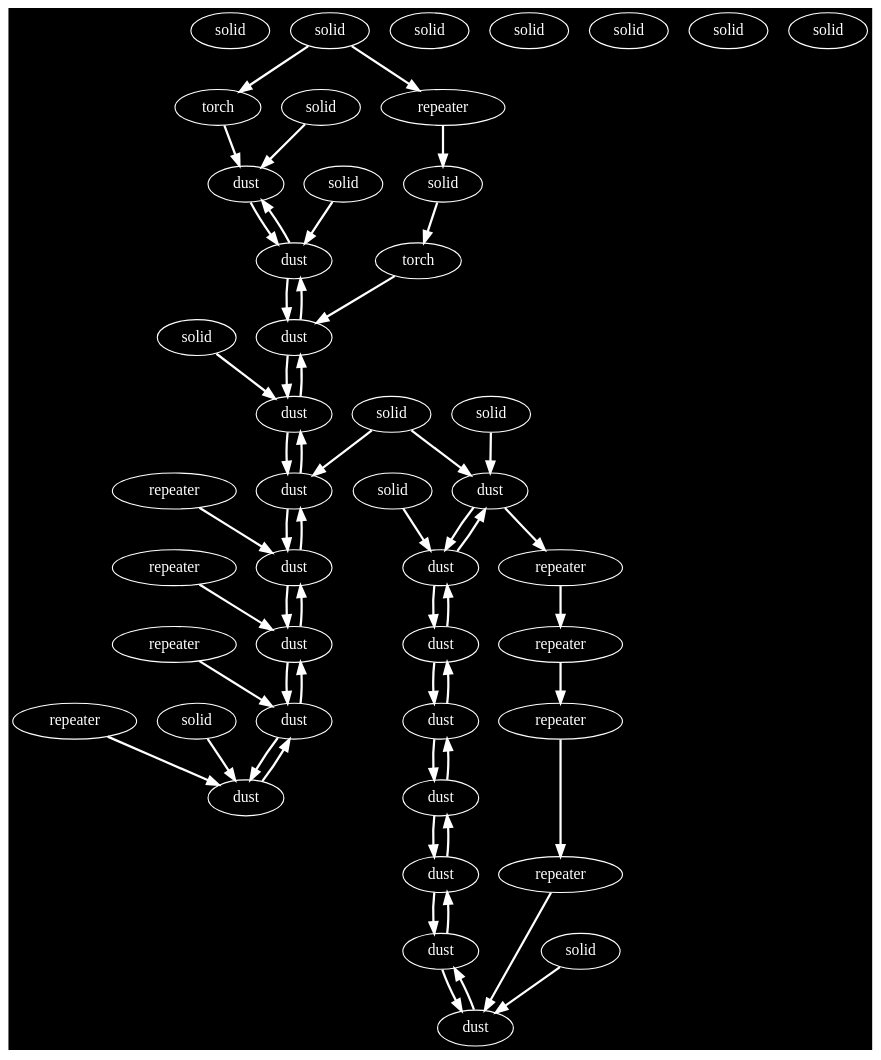
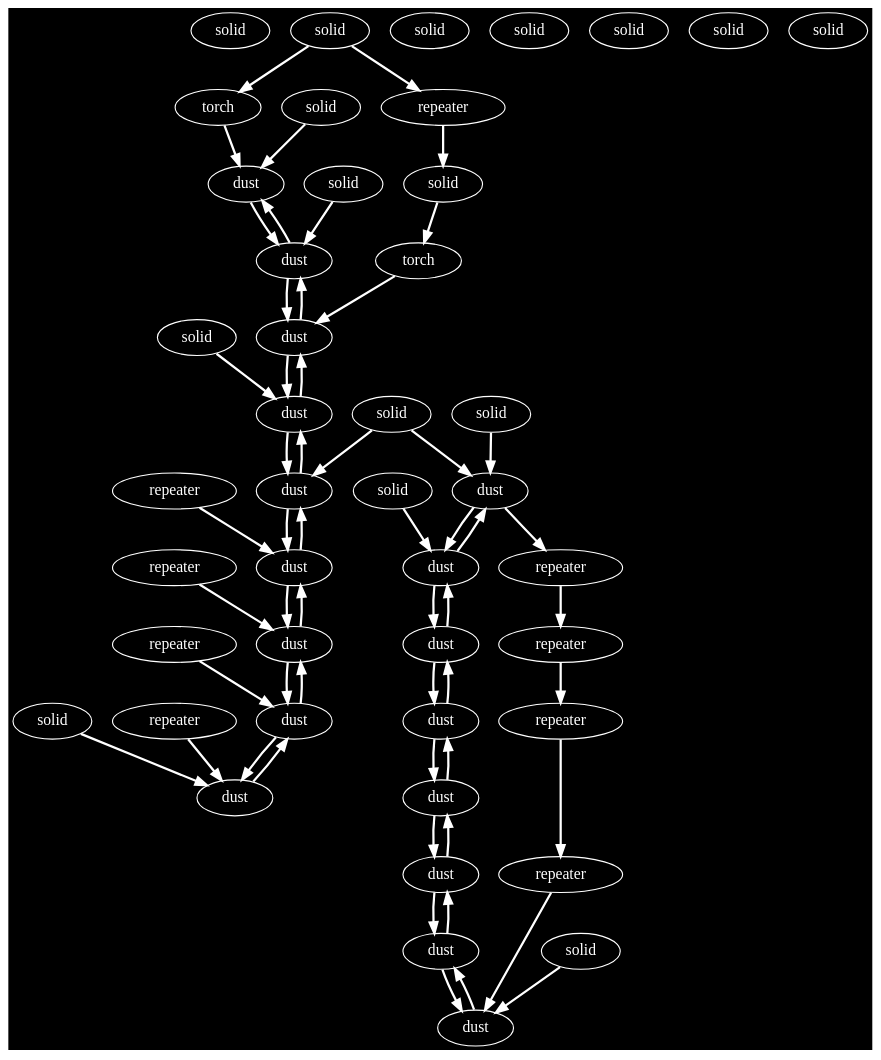
The diagram in common/src/main/java/in/lakazatong/pcbmod/redstone/examples/barrelshiftregister/barrel_shift_register.dot (lakazatong/PCBMod), drawn with Graphviz before and after one commit. The commit also changed other lines of this file and 5 other files, not shown here.

```diff
--- a/common/src/main/java/in/lakazatong/pcbmod/redstone/examples/barrelshiftregister/barrel_shift_register.dot
+++ b/common/src/main/java/in/lakazatong/pcbmod/redstone/examples/barrelshiftregister/barrel_shift_register.dot
@@ -11,14 +11,14 @@
     "143daf94-f451-3ae6-b069-5bfc234f2cec" -> "b5c2f3cf-6c87-3be1-bf80-d28025e2f21b" [color="white", arrowhead="normal", fontcolor="white", penwidth=2];
     "6e8699f1-07e9-3886-ac39-3d130127e887" [label="dust", style=filled, fillcolor="black", fontcolor="white", color="white", width=0.2, height=0.2];
     "a8429368-62d3-3944-a286-bc658fb863d8" -> "6e8699f1-07e9-3886-ac39-3d130127e887" [color="white", arrowhead="normal", fontcolor="white", penwidth=2];
+    "cc63c546-47d9-3367-8ea4-4a239841f433" -> "6e8699f1-07e9-3886-ac39-3d130127e887" [color="white", arrowhead="normal", fontcolor="white", penwidth=2];
     "bfe9b9b4-8c47-3d21-b63b-7f53c41a60e2" -> "6e8699f1-07e9-3886-ac39-3d130127e887" [color="white", arrowhead="normal", fontcolor="white", penwidth=2];
-    "cc63c546-47d9-3367-8ea4-4a239841f433" -> "6e8699f1-07e9-3886-ac39-3d130127e887" [color="white", arrowhead="normal", fontcolor="white", penwidth=2];
     "a0b8a2e1-807b-3ef1-8f82-0cbb61817378" [label="repeater", style=filled, fillcolor="black", fontcolor="white", color="white", width=0.2, height=0.2];
     "911149af-68a6-37f7-a04e-79d9e9e2934e" [label="solid", style=filled, fillcolor="black", fontcolor="white", color="white", width=0.2, height=0.2];
     "71b08495-6a86-375b-bd10-6399bc71acd4" [label="dust", style=filled, fillcolor="black", fontcolor="white", color="white", width=0.2, height=0.2];
-    "dcedc68e-aaef-3f99-91cf-3883d9b53890" -> "71b08495-6a86-375b-bd10-6399bc71acd4" [color="white", arrowhead="normal", fontcolor="white", penwidth=2];
     "202901a9-65a6-3ada-ae39-645d281311e6" -> "71b08495-6a86-375b-bd10-6399bc71acd4" [color="white", arrowhead="normal", fontcolor="white", penwidth=2];
     "bfe9b9b4-8c47-3d21-b63b-7f53c41a60e2" -> "71b08495-6a86-375b-bd10-6399bc71acd4" [color="white", arrowhead="normal", fontcolor="white", penwidth=2];
+    "dcedc68e-aaef-3f99-91cf-3883d9b53890" -> "71b08495-6a86-375b-bd10-6399bc71acd4" [color="white", arrowhead="normal", fontcolor="white", penwidth=2];
     "59652766-359b-369a-be57-7ae10ed44df7" [label="solid", style=filled, fillcolor="black", fontcolor="white", color="white", width=0.2, height=0.2];
     "f11ffa8d-1c36-35fe-8378-cb3c0250a556" [label="dust", style=filled, fillcolor="black", fontcolor="white", color="white", width=0.2, height=0.2];
     "57d8dfcb-3e15-3785-a9f8-d92c67260304" -> "f11ffa8d-1c36-35fe-8378-cb3c0250a556" [color="white", arrowhead="normal", fontcolor="white", penwidth=2];
@@ -28,46 +28,46 @@
     "f4516df4-5e20-3dc2-b494-1ea993de6395" -> "b3674d69-58f3-32f4-a34d-619b6201dc42" [color="white", arrowhead="normal", fontcolor="white", penwidth=2];
     "6ff95c65-d545-3e48-8207-e826dedabc76" [label="repeater", style=filled, fillcolor="black", fontcolor="white", color="white", width=0.2, height=0.2];
     "61219756-d840-3b11-bf42-37dbd296f7b4" [label="dust", style=filled, fillcolor="black", fontcolor="white", color="white", width=0.2, height=0.2];
+    "93c9a203-347c-32af-be83-3c4651199f25" -> "61219756-d840-3b11-bf42-37dbd296f7b4" [color="white", arrowhead="normal", fontcolor="white", penwidth=2];
     "29c179f9-a450-3f5d-8676-022c50f4696a" -> "61219756-d840-3b11-bf42-37dbd296f7b4" [color="white", arrowhead="normal", fontcolor="white", penwidth=2];
     "911149af-68a6-37f7-a04e-79d9e9e2934e" -> "61219756-d840-3b11-bf42-37dbd296f7b4" [color="white", arrowhead="normal", fontcolor="white", penwidth=2];
-    "93c9a203-347c-32af-be83-3c4651199f25" -> "61219756-d840-3b11-bf42-37dbd296f7b4" [color="white", arrowhead="normal", fontcolor="white", penwidth=2];
     "8cc3a70e-0ef4-3ef8-9715-bf8d620a08cd" [label="torch", style=filled, fillcolor="black", fontcolor="white", color="white", width=0.2, height=0.2];
     "b5c2f3cf-6c87-3be1-bf80-d28025e2f21b" -> "8cc3a70e-0ef4-3ef8-9715-bf8d620a08cd" [color="white", arrowhead="normal", fontcolor="white", penwidth=2];
     "a1360e59-17f4-34c1-a6f4-d747a4a1b217" [label="solid", style=filled, fillcolor="black", fontcolor="white", color="white", width=0.2, height=0.2];
     "93c9a203-347c-32af-be83-3c4651199f25" [label="dust", style=filled, fillcolor="black", fontcolor="white", color="white", width=0.2, height=0.2];
+    "5b571f68-0f15-3501-a320-b0a83a0254b0" -> "93c9a203-347c-32af-be83-3c4651199f25" [color="white", arrowhead="normal", fontcolor="white", penwidth=2];
     "61219756-d840-3b11-bf42-37dbd296f7b4" -> "93c9a203-347c-32af-be83-3c4651199f25" [color="white", arrowhead="normal", fontcolor="white", penwidth=2];
-    "5b571f68-0f15-3501-a320-b0a83a0254b0" -> "93c9a203-347c-32af-be83-3c4651199f25" [color="white", arrowhead="normal", fontcolor="white", penwidth=2];
     "cbbd73e2-2c5d-3fc1-b1a2-64cfc9b0657d" [label="dust", style=filled, fillcolor="black", fontcolor="white", color="white", width=0.2, height=0.2];
     "44ca0ece-ef77-3808-b467-15a54e5526c1" -> "cbbd73e2-2c5d-3fc1-b1a2-64cfc9b0657d" [color="white", arrowhead="normal", fontcolor="white", penwidth=2];
+    "97f0f680-d63b-3547-a0ce-e457be9fd927" -> "cbbd73e2-2c5d-3fc1-b1a2-64cfc9b0657d" [color="white", arrowhead="normal", fontcolor="white", penwidth=2];
     "7c407d07-70a8-349e-9dea-9706270d5a7c" -> "cbbd73e2-2c5d-3fc1-b1a2-64cfc9b0657d" [color="white", arrowhead="normal", fontcolor="white", penwidth=2];
-    "97f0f680-d63b-3547-a0ce-e457be9fd927" -> "cbbd73e2-2c5d-3fc1-b1a2-64cfc9b0657d" [color="white", arrowhead="normal", fontcolor="white", penwidth=2];
     "267b5d56-777a-3979-8a0c-28f87be30e9a" [label="dust", style=filled, fillcolor="black", fontcolor="white", color="white", width=0.2, height=0.2];
     "a8429368-62d3-3944-a286-bc658fb863d8" -> "267b5d56-777a-3979-8a0c-28f87be30e9a" [color="white", arrowhead="normal", fontcolor="white", penwidth=2];
     "6ff95c65-d545-3e48-8207-e826dedabc76" -> "267b5d56-777a-3979-8a0c-28f87be30e9a" [color="white", arrowhead="normal", fontcolor="white", penwidth=2];
     "220de361-52fd-3d21-9d87-834fd0982ec4" -> "267b5d56-777a-3979-8a0c-28f87be30e9a" [color="white", arrowhead="normal", fontcolor="white", penwidth=2];
     "220de361-52fd-3d21-9d87-834fd0982ec4" [label="dust", style=filled, fillcolor="black", fontcolor="white", color="white", width=0.2, height=0.2];
+    "a0b8a2e1-807b-3ef1-8f82-0cbb61817378" -> "220de361-52fd-3d21-9d87-834fd0982ec4" [color="white", arrowhead="normal", fontcolor="white", penwidth=2];
     "44ca0ece-ef77-3808-b467-15a54e5526c1" -> "220de361-52fd-3d21-9d87-834fd0982ec4" [color="white", arrowhead="normal", fontcolor="white", penwidth=2];
     "267b5d56-777a-3979-8a0c-28f87be30e9a" -> "220de361-52fd-3d21-9d87-834fd0982ec4" [color="white", arrowhead="normal", fontcolor="white", penwidth=2];
-    "a0b8a2e1-807b-3ef1-8f82-0cbb61817378" -> "220de361-52fd-3d21-9d87-834fd0982ec4" [color="white", arrowhead="normal", fontcolor="white", penwidth=2];
     "009a3cb1-4a7e-3cf6-963d-5ec36d3ac40f" [label="repeater", style=filled, fillcolor="black", fontcolor="white", color="white", width=0.2, height=0.2];
     "b3674d69-58f3-32f4-a34d-619b6201dc42" -> "009a3cb1-4a7e-3cf6-963d-5ec36d3ac40f" [color="white", arrowhead="normal", fontcolor="white", penwidth=2];
     "143daf94-f451-3ae6-b069-5bfc234f2cec" [label="repeater", style=filled, fillcolor="black", fontcolor="white", color="white", width=0.2, height=0.2];
     "ae5c3ec0-8f59-3a13-be35-a83d1c5bf039" -> "143daf94-f451-3ae6-b069-5bfc234f2cec" [color="white", arrowhead="normal", fontcolor="white", penwidth=2];
     "bfe9b9b4-8c47-3d21-b63b-7f53c41a60e2" [label="dust", style=filled, fillcolor="black", fontcolor="white", color="white", width=0.2, height=0.2];
+    "6e8699f1-07e9-3886-ac39-3d130127e887" -> "bfe9b9b4-8c47-3d21-b63b-7f53c41a60e2" [color="white", arrowhead="normal", fontcolor="white", penwidth=2];
     "71b08495-6a86-375b-bd10-6399bc71acd4" -> "bfe9b9b4-8c47-3d21-b63b-7f53c41a60e2" [color="white", arrowhead="normal", fontcolor="white", penwidth=2];
     "8cc3a70e-0ef4-3ef8-9715-bf8d620a08cd" -> "bfe9b9b4-8c47-3d21-b63b-7f53c41a60e2" [color="white", arrowhead="normal", fontcolor="white", penwidth=2];
-    "6e8699f1-07e9-3886-ac39-3d130127e887" -> "bfe9b9b4-8c47-3d21-b63b-7f53c41a60e2" [color="white", arrowhead="normal", fontcolor="white", penwidth=2];
     "7c407d07-70a8-349e-9dea-9706270d5a7c" [label="repeater", style=filled, fillcolor="black", fontcolor="white", color="white", width=0.2, height=0.2];
     "695c2b58-b2cd-36e8-8747-dad888f756e5" [label="dust", style=filled, fillcolor="black", fontcolor="white", color="white", width=0.2, height=0.2];
-    "ca50d698-bdd8-38ba-bb4f-338b9d828919" -> "695c2b58-b2cd-36e8-8747-dad888f756e5" [color="white", arrowhead="normal", fontcolor="white", penwidth=2];
     "f11ffa8d-1c36-35fe-8378-cb3c0250a556" -> "695c2b58-b2cd-36e8-8747-dad888f756e5" [color="white", arrowhead="normal", fontcolor="white", penwidth=2];
     "6bddd822-2136-38da-8e2d-4d47f6697966" -> "695c2b58-b2cd-36e8-8747-dad888f756e5" [color="white", arrowhead="normal", fontcolor="white", penwidth=2];
+    "ca50d698-bdd8-38ba-bb4f-338b9d828919" -> "695c2b58-b2cd-36e8-8747-dad888f756e5" [color="white", arrowhead="normal", fontcolor="white", penwidth=2];
     "1d9acc7d-fce5-3346-9ecd-6664a05c1cdd" [label="solid", style=filled, fillcolor="black", fontcolor="white", color="white", width=0.2, height=0.2];
     "97f0f680-d63b-3547-a0ce-e457be9fd927" [label="solid", style=filled, fillcolor="black", fontcolor="white", color="white", width=0.2, height=0.2];
     "44ca0ece-ef77-3808-b467-15a54e5526c1" [label="dust", style=filled, fillcolor="black", fontcolor="white", color="white", width=0.2, height=0.2];
+    "222a7fb5-fd6f-31a6-969b-346b9d6d4a7b" -> "44ca0ece-ef77-3808-b467-15a54e5526c1" [color="white", arrowhead="normal", fontcolor="white", penwidth=2];
+    "220de361-52fd-3d21-9d87-834fd0982ec4" -> "44ca0ece-ef77-3808-b467-15a54e5526c1" [color="white", arrowhead="normal", fontcolor="white", penwidth=2];
     "cbbd73e2-2c5d-3fc1-b1a2-64cfc9b0657d" -> "44ca0ece-ef77-3808-b467-15a54e5526c1" [color="white", arrowhead="normal", fontcolor="white", penwidth=2];
-    "220de361-52fd-3d21-9d87-834fd0982ec4" -> "44ca0ece-ef77-3808-b467-15a54e5526c1" [color="white", arrowhead="normal", fontcolor="white", penwidth=2];
-    "222a7fb5-fd6f-31a6-969b-346b9d6d4a7b" -> "44ca0ece-ef77-3808-b467-15a54e5526c1" [color="white", arrowhead="normal", fontcolor="white", penwidth=2];
     "202901a9-65a6-3ada-ae39-645d281311e6" [label="solid", style=filled, fillcolor="black", fontcolor="white", color="white", width=0.2, height=0.2];
     "731819ad-7f4a-3e8a-9762-ef11a44172a9" [label="dust", style=filled, fillcolor="black", fontcolor="white", color="white", width=0.2, height=0.2];
     "57d8dfcb-3e15-3785-a9f8-d92c67260304" -> "731819ad-7f4a-3e8a-9762-ef11a44172a9" [color="white", arrowhead="normal", fontcolor="white", penwidth=2];
@@ -80,22 +80,22 @@
     "f4516df4-5e20-3dc2-b494-1ea993de6395" [label="repeater", style=filled, fillcolor="black", fontcolor="white", color="white", width=0.2, height=0.2];
     "ca50d698-bdd8-38ba-bb4f-338b9d828919" -> "f4516df4-5e20-3dc2-b494-1ea993de6395" [color="white", arrowhead="normal", fontcolor="white", penwidth=2];
     "57d8dfcb-3e15-3785-a9f8-d92c67260304" [label="dust", style=filled, fillcolor="black", fontcolor="white", color="white", width=0.2, height=0.2];
+    "731819ad-7f4a-3e8a-9762-ef11a44172a9" -> "57d8dfcb-3e15-3785-a9f8-d92c67260304" [color="white", arrowhead="normal", fontcolor="white", penwidth=2];
     "f11ffa8d-1c36-35fe-8378-cb3c0250a556" -> "57d8dfcb-3e15-3785-a9f8-d92c67260304" [color="white", arrowhead="normal", fontcolor="white", penwidth=2];
-    "731819ad-7f4a-3e8a-9762-ef11a44172a9" -> "57d8dfcb-3e15-3785-a9f8-d92c67260304" [color="white", arrowhead="normal", fontcolor="white", penwidth=2];
     "ca50d698-bdd8-38ba-bb4f-338b9d828919" [label="dust", style=filled, fillcolor="black", fontcolor="white", color="white", width=0.2, height=0.2];
+    "1d9acc7d-fce5-3346-9ecd-6664a05c1cdd" -> "ca50d698-bdd8-38ba-bb4f-338b9d828919" [color="white", arrowhead="normal", fontcolor="white", penwidth=2];
+    "695c2b58-b2cd-36e8-8747-dad888f756e5" -> "ca50d698-bdd8-38ba-bb4f-338b9d828919" [color="white", arrowhead="normal", fontcolor="white", penwidth=2];
     "87ed5b72-f553-389b-956d-7719fed7e18c" -> "ca50d698-bdd8-38ba-bb4f-338b9d828919" [color="white", arrowhead="normal", fontcolor="white", penwidth=2];
-    "695c2b58-b2cd-36e8-8747-dad888f756e5" -> "ca50d698-bdd8-38ba-bb4f-338b9d828919" [color="white", arrowhead="normal", fontcolor="white", penwidth=2];
-    "1d9acc7d-fce5-3346-9ecd-6664a05c1cdd" -> "ca50d698-bdd8-38ba-bb4f-338b9d828919" [color="white", arrowhead="normal", fontcolor="white", penwidth=2];
     "6bddd822-2136-38da-8e2d-4d47f6697966" [label="solid", style=filled, fillcolor="black", fontcolor="white", color="white", width=0.2, height=0.2];
     "87ed5b72-f553-389b-956d-7719fed7e18c" [label="solid", style=filled, fillcolor="black", fontcolor="white", color="white", width=0.2, height=0.2];
     "870ed7a9-1045-3d9b-8b13-8b295d6cae57" [label="solid", style=filled, fillcolor="black", fontcolor="white", color="white", width=0.2, height=0.2];
     "ae5c3ec0-8f59-3a13-be35-a83d1c5bf039" [label="solid", style=filled, fillcolor="black", fontcolor="white", color="white", width=0.2, height=0.2];
     "dcedc68e-aaef-3f99-91cf-3883d9b53890" [label="dust", style=filled, fillcolor="black", fontcolor="white", color="white", width=0.2, height=0.2];
-    "71b08495-6a86-375b-bd10-6399bc71acd4" -> "dcedc68e-aaef-3f99-91cf-3883d9b53890" [color="white", arrowhead="normal", fontcolor="white", penwidth=2];
     "79df7d33-2d57-3d20-9ada-cd3d04b6600f" -> "dcedc68e-aaef-3f99-91cf-3883d9b53890" [color="white", arrowhead="normal", fontcolor="white", penwidth=2];
     "870ed7a9-1045-3d9b-8b13-8b295d6cae57" -> "dcedc68e-aaef-3f99-91cf-3883d9b53890" [color="white", arrowhead="normal", fontcolor="white", penwidth=2];
+    "71b08495-6a86-375b-bd10-6399bc71acd4" -> "dcedc68e-aaef-3f99-91cf-3883d9b53890" [color="white", arrowhead="normal", fontcolor="white", penwidth=2];
     "a8429368-62d3-3944-a286-bc658fb863d8" [label="dust", style=filled, fillcolor="black", fontcolor="white", color="white", width=0.2, height=0.2];
-    "267b5d56-777a-3979-8a0c-28f87be30e9a" -> "a8429368-62d3-3944-a286-bc658fb863d8" [color="white", arrowhead="normal", fontcolor="white", penwidth=2];
     "6e8699f1-07e9-3886-ac39-3d130127e887" -> "a8429368-62d3-3944-a286-bc658fb863d8" [color="white", arrowhead="normal", fontcolor="white", penwidth=2];
     "1d9acc7d-fce5-3346-9ecd-6664a05c1cdd" -> "a8429368-62d3-3944-a286-bc658fb863d8" [color="white", arrowhead="normal", fontcolor="white", penwidth=2];
+    "267b5d56-777a-3979-8a0c-28f87be30e9a" -> "a8429368-62d3-3944-a286-bc658fb863d8" [color="white", arrowhead="normal", fontcolor="white", penwidth=2];
 }
```
